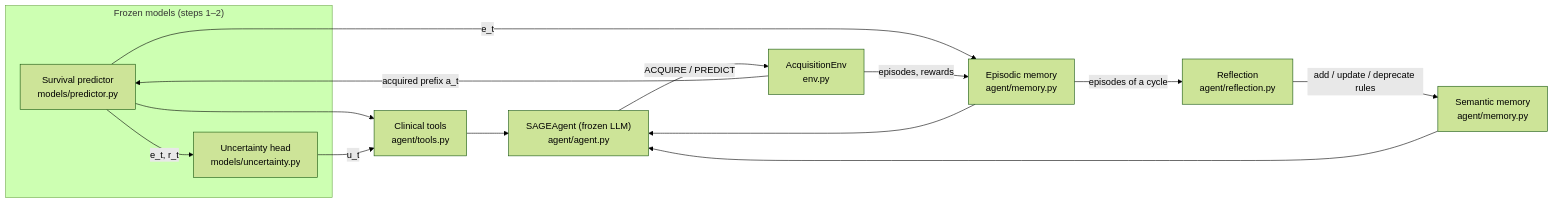
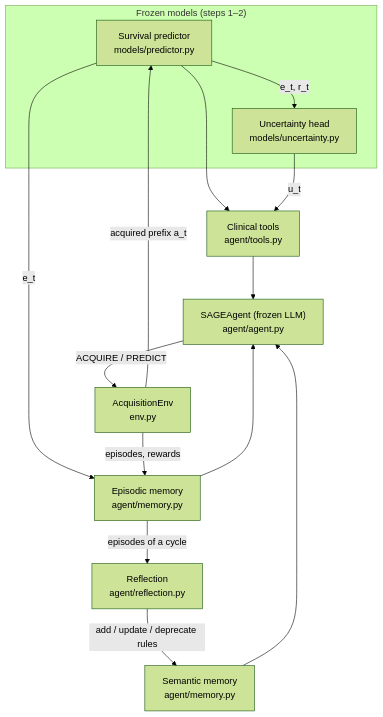
Before and after one commit to Chongyu1117/SAGEAgent: the diagram in docs/CODE_STRUCTURE.md, drawn with Mermaid (forest theme). The commit also changed 1 other file, not shown here.

Commit message:
Cite the MICCAI 2026 proceedings; link the MICCAI badge to Springer; tidy badges and diagram

````diff
--- a/docs/CODE_STRUCTURE.md
+++ b/docs/CODE_STRUCTURE.md
@@ -48,17 +48,17 @@
 ```mermaid
-flowchart LR
+flowchart TB
     subgraph P["Frozen models (steps 1–2)"]
         PR["Survival predictor<br/>models/predictor.py"] -->|"e_t, r_t"| UH["Uncertainty head<br/>models/uncertainty.py"]
     end
     ENV["AcquisitionEnv<br/>env.py"] -->|"acquired prefix a_t"| PR
     PR --> T["Clinical tools<br/>agent/tools.py"]
     UH -->|"u_t"| T
     PR -->|"e_t"| EM["Episodic memory<br/>agent/memory.py"]
     T --> A["SAGEAgent (frozen LLM)<br/>agent/agent.py"]
     EM --> A
     SM["Semantic memory<br/>agent/memory.py"] --> A
     A -->|"ACQUIRE / PREDICT"| ENV
     ENV -->|"episodes, rewards"| EM
     EM -->|"episodes of a cycle"| RF["Reflection<br/>agent/reflection.py"]
     RF -->|"add / update / deprecate rules"| SM
 ```
````
